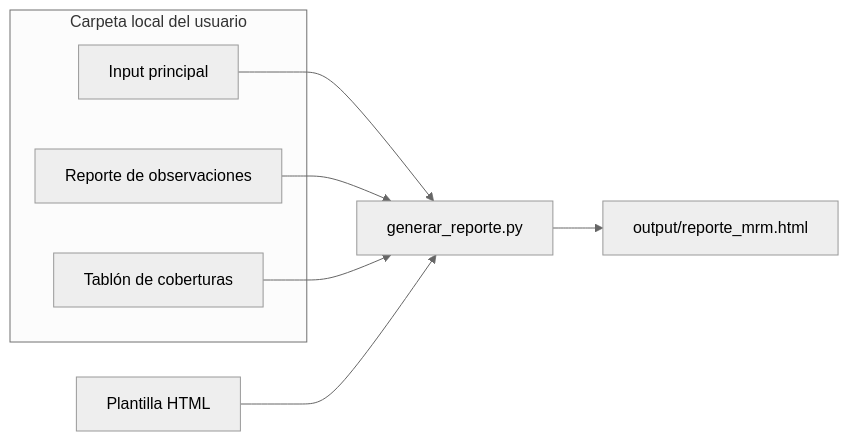
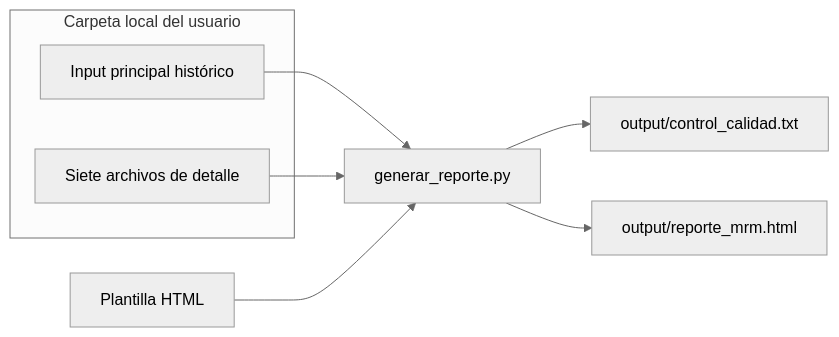
The diagram in README.md (DanteBarreto/Score-MRM-2.0), drawn with Mermaid (neutral theme) before and after one commit. The commit also changed other lines of this file and 18 other files, not shown here.

First line of the commit message:
Agregar versión 2 del MVP: ocho archivos y controles de calidad

````diff
--- a/README.md
+++ b/README.md
@@ -40,13 +43,12 @@
 ```mermaid
 flowchart LR
     subgraph L[Carpeta local del usuario]
-      A[Input principal]
-      B[Reporte de observaciones]
-      C[Tablón de coberturas]
+      A[Input principal histórico]
+      B[Siete archivos de detalle]
     end
     A --> D[generar_reporte.py]
     B --> D
-    C --> D
     T[Plantilla HTML] --> D
+    D --> Q[output/control_calidad.txt]
     D --> R[output/reporte_mrm.html]
 ```
````
